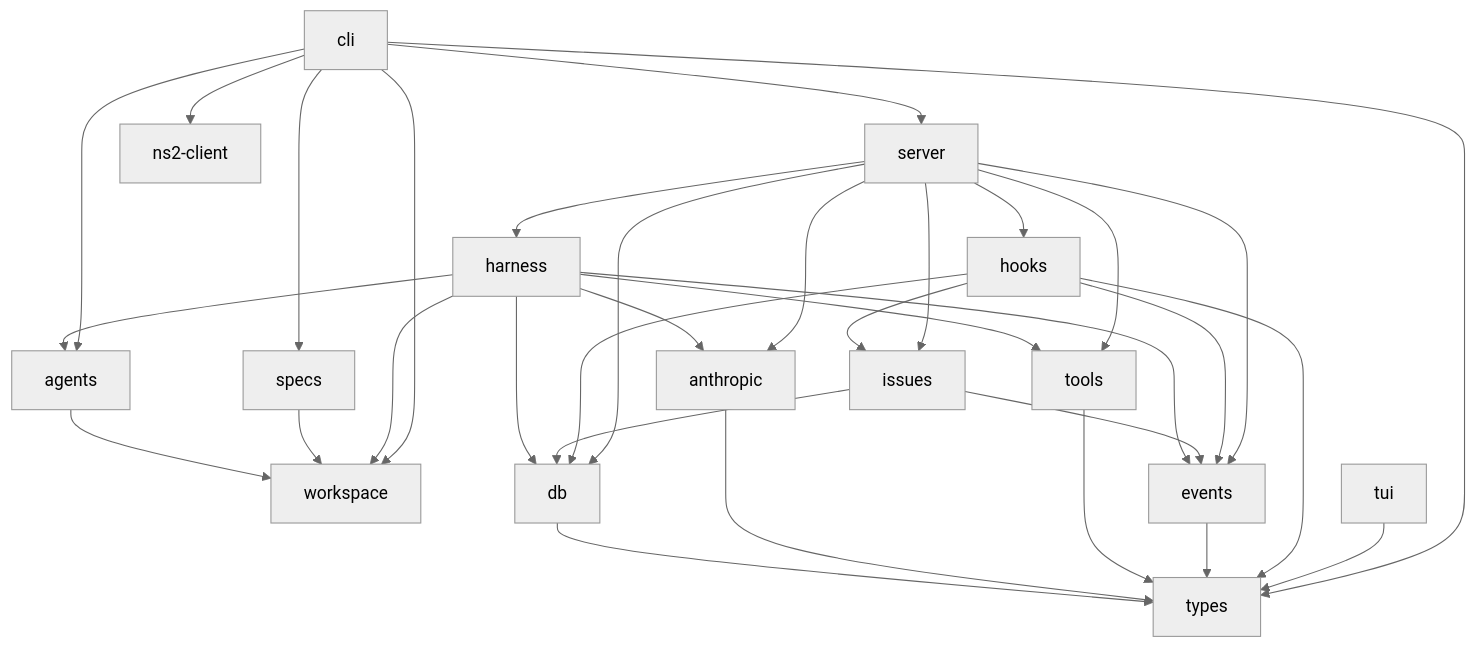
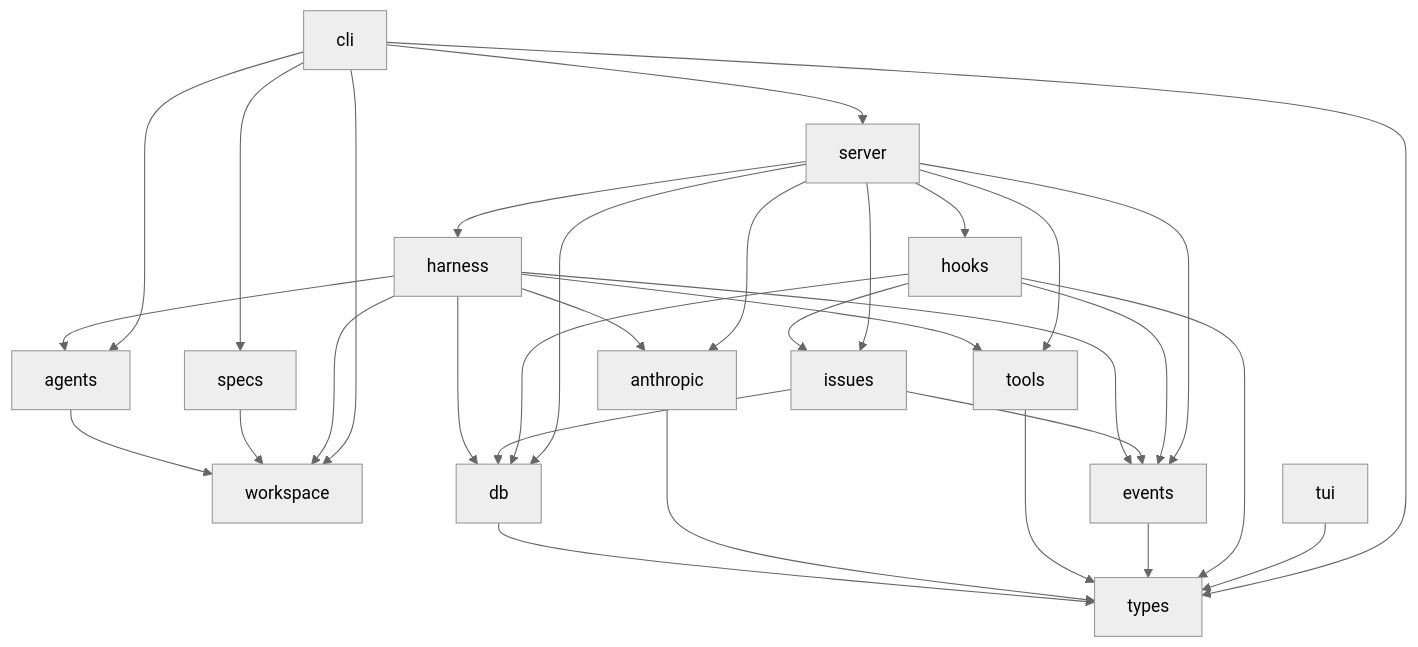
Before and after one commit to drufball/ns2: the diagram in specs/architecture.spec.md, drawn with Mermaid (neutral theme). The commit also changed other lines of this file and 10 other files, not shown here.

First line of the commit message:
Revert ns2-client; document cli reqwest usage in spec and arch test

````diff
--- a/specs/architecture.spec.md
+++ b/specs/architecture.spec.md
@@ -20,26 +20,24 @@
 ```mermaid
 graph TD
     types
     workspace
 
     db --> types
     anthropic --> types
     tools --> types
     agents --> workspace
     specs --> workspace
 
     events --> types
 
     harness --> db & anthropic & tools & agents & workspace & events
 
     issues --> db & events
 
     hooks --> events & db & issues & types
 
     server --> issues & db & anthropic & tools & harness & events & hooks
 
-    ns2-client
-
     tui --> types
-    cli --> agents & specs & workspace & server & types & ns2-client
+    cli --> agents & specs & workspace & server & types
 ```
````
